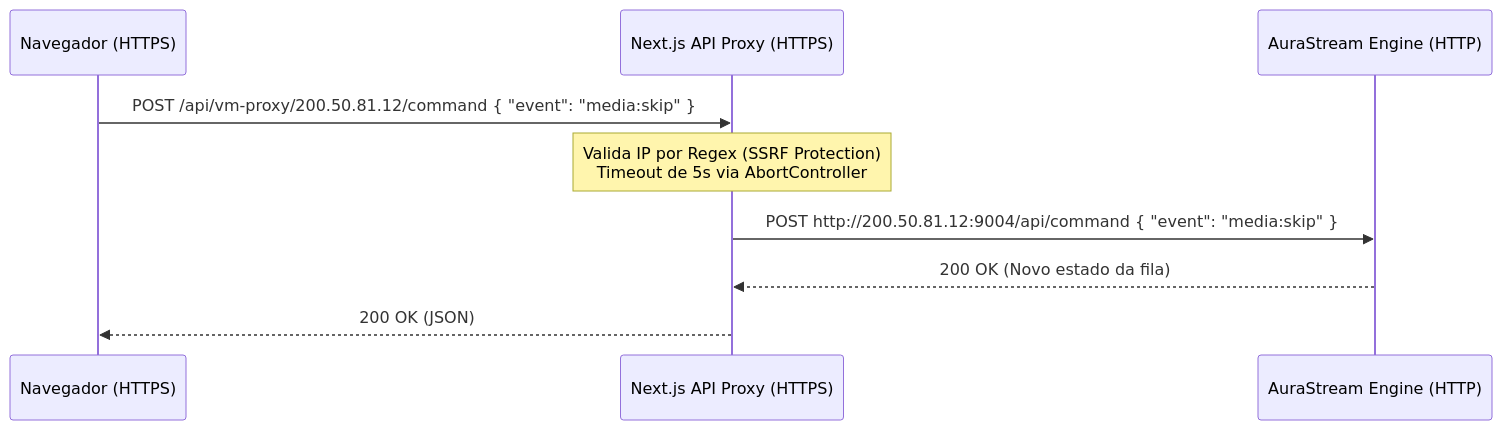
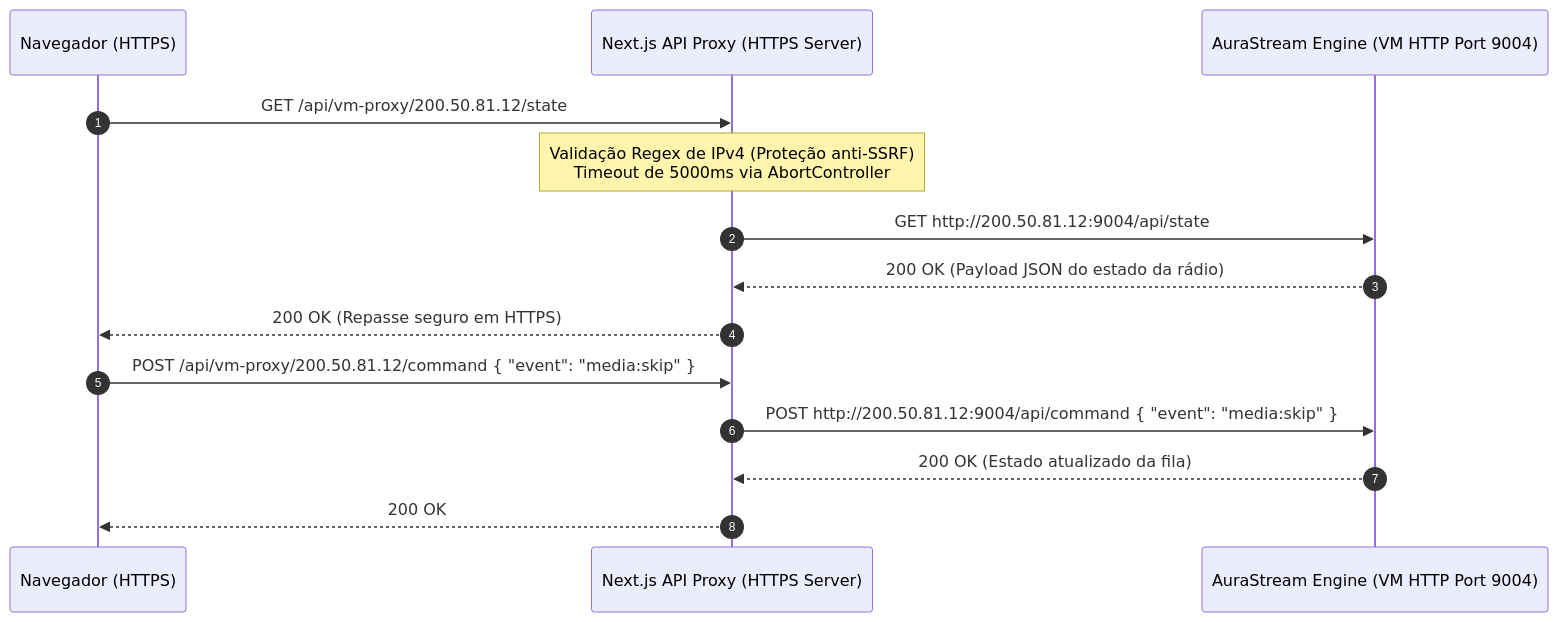
The second of 4 diagrams in README.md (BrunoAndradeDinis/painel-stream), drawn with Mermaid before and after one commit. The commit also changed other lines of this file, not shown here.

Commit message:
docs: update README with comprehensive system architecture details, updated diagrams, and refined technical workflows

````diff
--- a/README.md
+++ b/README.md
@@ -47,12 +91,18 @@
 ```mermaid
 sequenceDiagram
+    autonumber
     participant Browser as Navegador (HTTPS)
-    participant Proxy as Next.js API Proxy (HTTPS)
-    participant VM as AuraStream Engine (HTTP)
+    participant Proxy as Next.js API Proxy (HTTPS Server)
+    participant VM as AuraStream Engine (VM HTTP Port 9004)
+
+    Browser->>Proxy: GET /api/vm-proxy/200.50.81.12/state
+    Note over Proxy: Validação Regex de IPv4 (Proteção anti-SSRF)<br/>Timeout de 5000ms via AbortController
+    Proxy->>VM: GET http://200.50.81.12:9004/api/state
+    VM-->>Proxy: 200 OK (Payload JSON do estado da rádio)
+    Proxy-->>Browser: 200 OK (Repasse seguro em HTTPS)
 
     Browser->>Proxy: POST /api/vm-proxy/200.50.81.12/command { "event": "media:skip" }
-    Note over Proxy: Valida IP por Regex (SSRF Protection)<br/>Timeout de 5s via AbortController
     Proxy->>VM: POST http://200.50.81.12:9004/api/command { "event": "media:skip" }
-    VM-->>Proxy: 200 OK (Novo estado da fila)
-    Proxy-->>Browser: 200 OK (JSON)
+    VM-->>Proxy: 200 OK (Estado atualizado da fila)
+    Proxy-->>Browser: 200 OK
 ```
````
